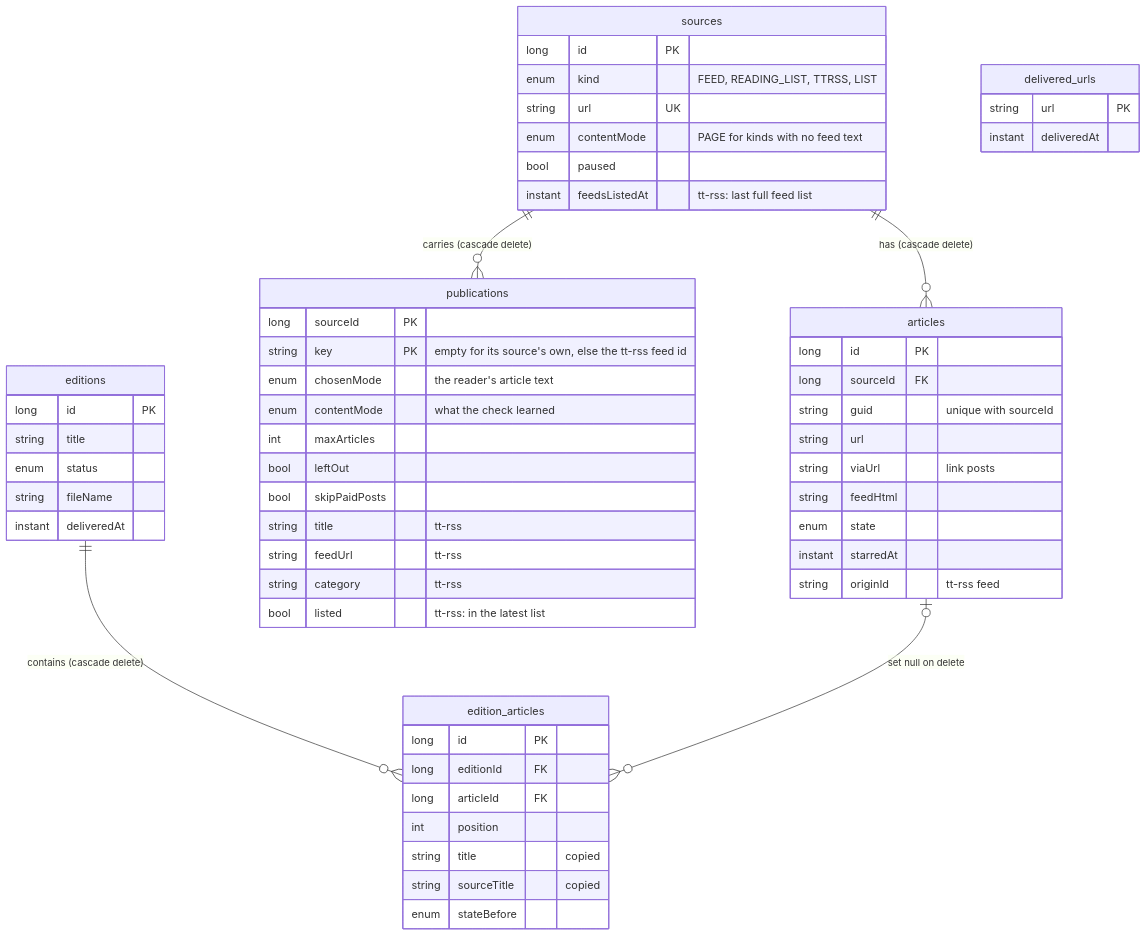
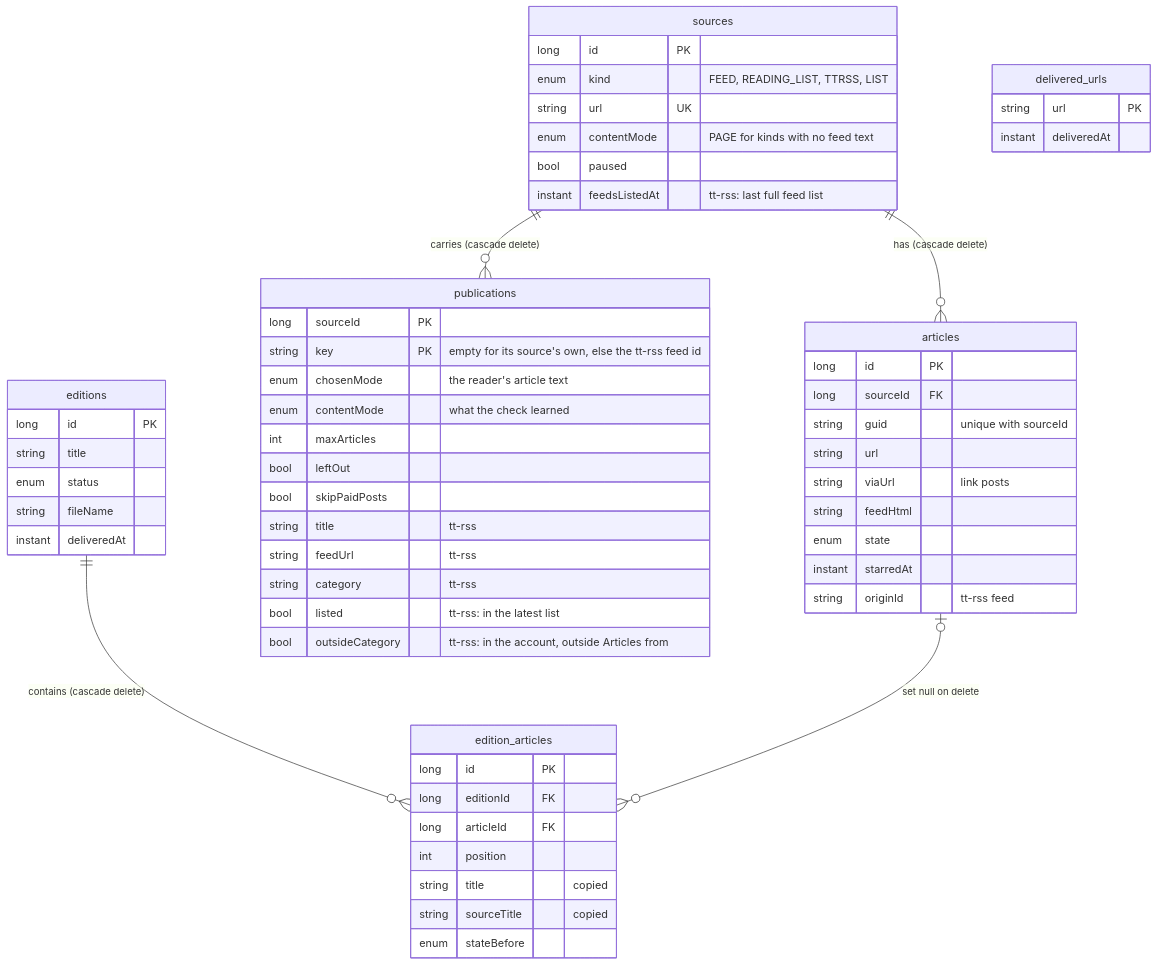
One commit to madCode/newspaperss changed the fifth of 6 diagrams in docs/ARCHITECTURE.md. Above: the diagram before and after it, drawn with Mermaid. The commit also changed other lines of this file and 25 other files, not shown here.

````diff
--- a/docs/ARCHITECTURE.md
+++ b/docs/ARCHITECTURE.md
@@ -256,59 +256,60 @@
 ```mermaid
 erDiagram
     sources ||--o{ articles : "has (cascade delete)"
     sources ||--o{ publications : "carries (cascade delete)"
     editions ||--o{ edition_articles : "contains (cascade delete)"
     articles |o--o{ edition_articles : "set null on delete"
     sources {
         long id PK
         enum kind "FEED, READING_LIST, TTRSS, LIST"
         string url UK
         enum contentMode "PAGE for kinds with no feed text"
         bool paused
         instant feedsListedAt "tt-rss: last full feed list"
     }
     publications {
         long sourceId PK
         string key PK "empty for its source's own, else the tt-rss feed id"
         enum chosenMode "the reader's article text"
         enum contentMode "what the check learned"
         int maxArticles
         bool leftOut
         bool skipPaidPosts
         string title "tt-rss"
         string feedUrl "tt-rss"
         string category "tt-rss"
         bool listed "tt-rss: in the latest list"
+        bool outsideCategory "tt-rss: in the account, outside Articles from"
     }
     articles {
         long id PK
         long sourceId FK
         string guid "unique with sourceId"
         string url
         string viaUrl "link posts"
         string feedHtml
         enum state
         instant starredAt
         string originId "tt-rss feed"
     }
     editions {
         long id PK
         string title
         enum status
         string fileName
         instant deliveredAt
     }
     edition_articles {
         long id PK
         long editionId FK
         long articleId FK
         int position
         string title "copied"
         string sourceTitle "copied"
         enum stateBefore
     }
     delivered_urls {
         string url PK
         instant deliveredAt
     }
 ```
````
